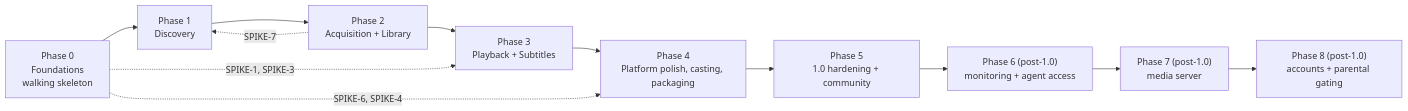
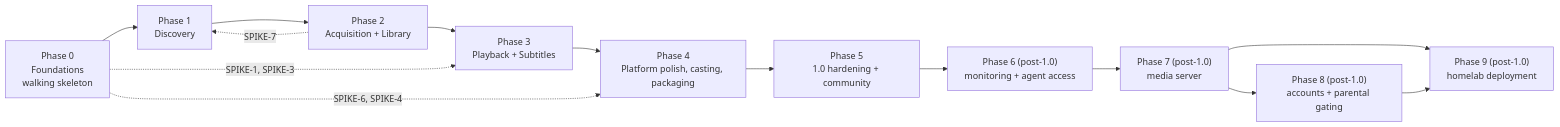
Before and after one commit to DavidNgugi/peregrine: the diagram in docs/PLAN.md, drawn with Mermaid. The commit also changed other lines of this file and 4 other files, not shown here.

First line of the commit message:
feat: add homelab deployment roadmap and ADR

````diff
--- a/docs/PLAN.md
+++ b/docs/PLAN.md
@@ -16,14 +16,16 @@
 ```mermaid
 graph LR
     P0["Phase 0<br/>Foundations<br/>walking skeleton"] --> P1["Phase 1<br/>Discovery"]
     P1 --> P2["Phase 2<br/>Acquisition + Library"]
     P2 --> P3["Phase 3<br/>Playback + Subtitles"]
     P3 --> P4["Phase 4<br/>Platform polish, casting, packaging"]
     P4 --> P5["Phase 5<br/>1.0 hardening + community"]
     P5 --> P6["Phase 6 (post-1.0)<br/>monitoring + agent access"]
     P6 --> P7["Phase 7 (post-1.0)<br/>media server"]
     P7 --> P8["Phase 8 (post-1.0)<br/>accounts + parental gating"]
+    P7 --> P9["Phase 9 (post-1.0)<br/>homelab deployment"]
+    P8 --> P9
     P0 -.->|"SPIKE-1, SPIKE-3"| P3
     P0 -.->|"SPIKE-6, SPIKE-4"| P4
     P2 -.->|"SPIKE-7"| P1
 ```
````
